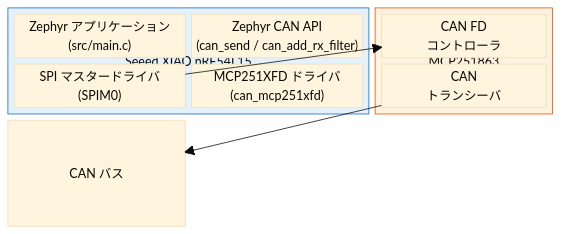
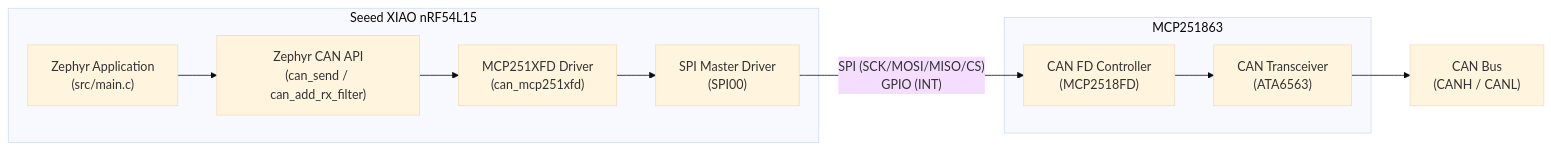
One commit to uist1idrju3i/study-ZephyrCAN changed the first of 5 diagrams in README.ja.md. Above: the diagram before and after it, drawn with Mermaid (base theme). The commit also changed other lines of this file and 3 other files, not shown here.

First line of the commit message:
Update documentation: Mermaid diagrams, tx_generation flow, troubleshooting, Kconfig notes

````diff
--- a/README.ja.md
+++ b/README.ja.md
@@ -27,24 +27,17 @@
 ```mermaid
-block-beta
-  columns 3
-
-  block:MCU["Seeed XIAO nRF54L15"]:2
-    columns 2
-    APP["Zephyr アプリケーション\n(src/main.c)"]
-    CAN_API["Zephyr CAN API\n(can_send / can_add_rx_filter)"]
-    SPI_DRV["SPI マスタードライバ\n(SPIM0)"]
-    MCP_DRV["MCP251XFD ドライバ\n(can_mcp251xfd)"]
-  end
-
-  block:EXT["MCP251863"]:1
-    columns 1
-    CTRL["CAN FD\nコントローラ"]
-    XCVR["CAN\nトランシーバ"]
-  end
-
-  SPI_DRV --> CTRL
-  XCVR --> BUS["CAN バス"]
-
-  style MCU fill:#e3f2fd,stroke:#1565c0
-  style EXT fill:#fff3e0,stroke:#e65100
+flowchart LR
+    subgraph MCU["Seeed XIAO nRF54L15"]
+        APP["Zephyr Application\n(src/main.c)"]
+        CAN_API["Zephyr CAN API\n(can_send / can_add_rx_filter)"]
+        MCP_DRV["MCP251XFD Driver\n(can_mcp251xfd)"]
+        SPI_DRV["SPI Master Driver\n(SPI00)"]
+        APP --> CAN_API --> MCP_DRV --> SPI_DRV
+    end
+    subgraph EXT["MCP251863"]
+        CTRL["CAN FD Controller\n(MCP2518FD)"]
+        XCVR["CAN Transceiver\n(ATA6563)"]
+        CTRL --> XCVR
+    end
+    SPI_DRV -- "SPI (SCK/MOSI/MISO/CS)\nGPIO (INT)" --> CTRL
+    XCVR --> BUS["CAN Bus\n(CANH / CANL)"]
 ```
````
